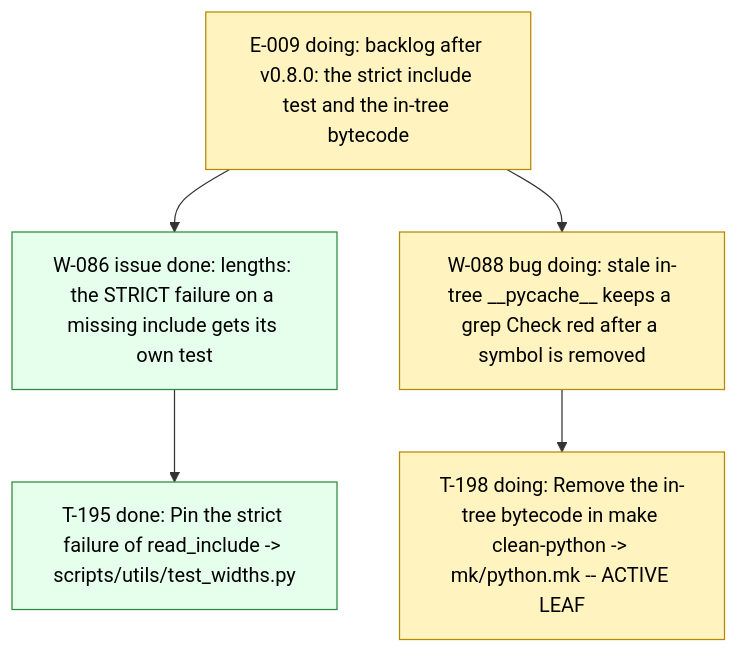
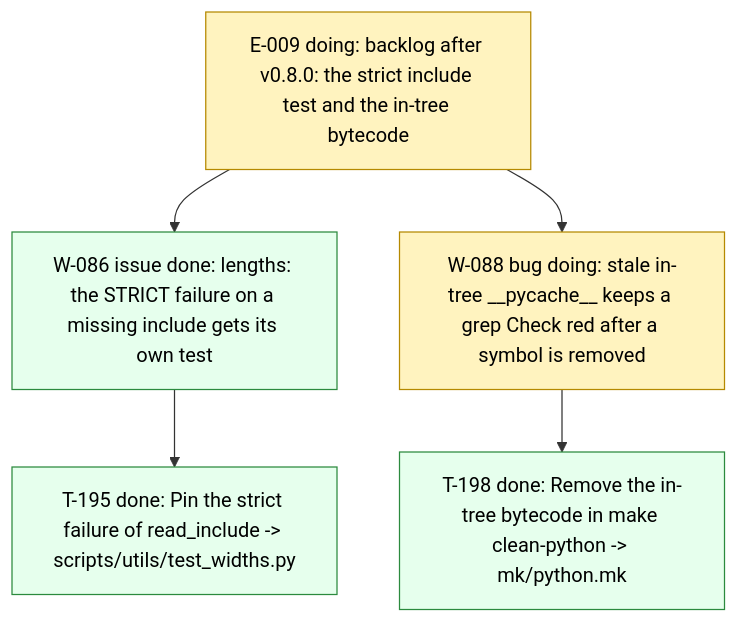
Before and after one commit to dpopchev/chaos-to-simple: the diagram in .board/BOARD.md, drawn with Mermaid. The commit also changed other lines of this file and 1 other file, not shown here.

Commit message:
chore(board): close T-198 -- W-088 ready to land
Refs: W-088 T-198

````diff
--- a/.board/BOARD.md
+++ b/.board/BOARD.md
@@ -520,15 +520,15 @@
 ```mermaid
 flowchart TD
   E009["E-009 doing: backlog after v0.8.0: the strict include test and the in-tree bytecode"]
   E009 --> W086["W-086 issue done: lengths: the STRICT failure on a missing include gets its own test"]
   W086 --> T195["T-195 done: Pin the strict failure of read_include -> scripts/utils/test_widths.py"]
   E009 --> W088["W-088 bug doing: stale in-tree __pycache__ keeps a grep Check red after a symbol is removed"]
-  W088 --> T198["T-198 doing: Remove the in-tree bytecode in make clean-python -> mk/python.mk -- ACTIVE LEAF"]
+  W088 --> T198["T-198 done: Remove the in-tree bytecode in make clean-python -> mk/python.mk"]
   classDef doing fill:#fff3bf,stroke:#b58900,color:#000;
   classDef blocked fill:#ffe3e3,stroke:#c92a2a,color:#000;
   classDef done fill:#e6ffed,stroke:#2b8a3e,color:#000;
   classDef todo fill:#f8f9fa,stroke:#868e96,color:#000;
   classDef pruned fill:#f1f3f5,stroke:#adb5bd,color:#000;
-  class E009,W088,T198 doing
-  class W086,T195 done
+  class E009,W088 doing
+  class W086,T195,T198 done
 ```
````
